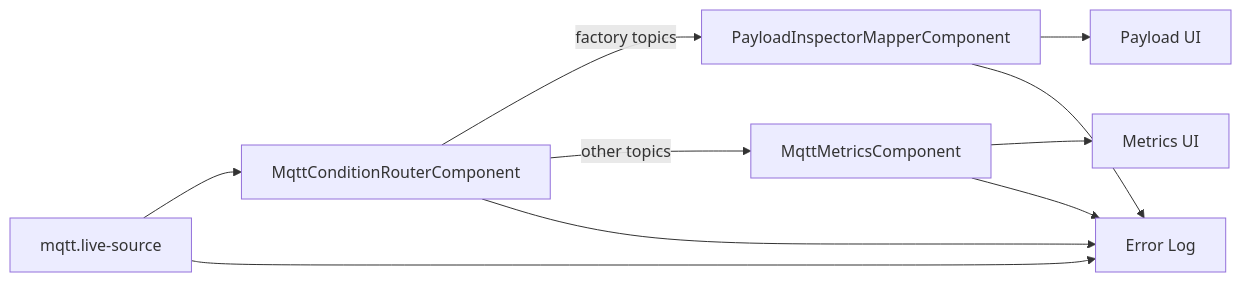
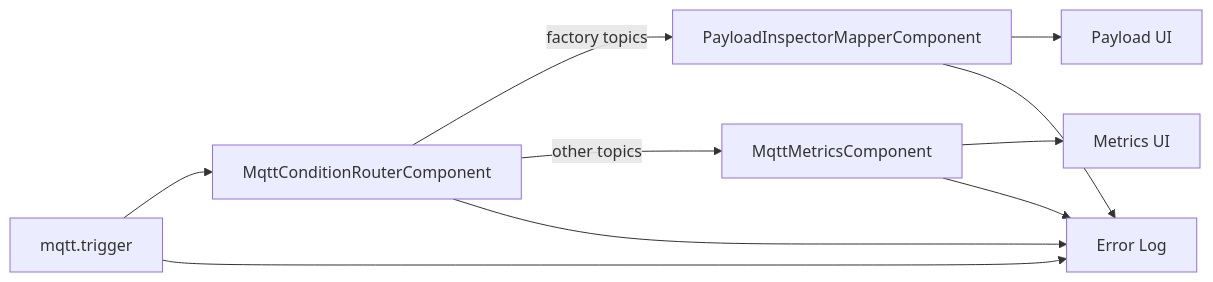
One commit to araxis/FluxMq changed diagram 17 of 19 in docs/flow-components.md. Above: the diagram before and after it, drawn with Mermaid. The commit also changed other lines of this file and 24 other files, not shown here.

Commit message:
Consolidate MQTT source editors

````diff
--- a/docs/flow-components.md
+++ b/docs/flow-components.md
@@ -664,12 +642,12 @@
 ```mermaid
 flowchart LR
-    Source["mqtt.live-source"] --> Router["MqttConditionRouterComponent"]
+    Source["mqtt.trigger"] --> Router["MqttConditionRouterComponent"]
     Router -->|factory topics| Inspector["PayloadInspectorMapperComponent"]
     Router -->|other topics| Metrics["MqttMetricsComponent"]
     Inspector --> Ui["Payload UI"]
     Metrics --> MetricsUi["Metrics UI"]
     Source --> ErrorLog["Error Log"]
     Router --> ErrorLog
     Inspector --> ErrorLog
     Metrics --> ErrorLog
 ```
````
